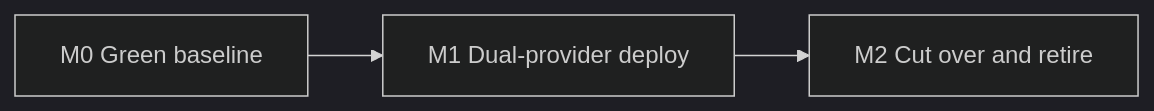
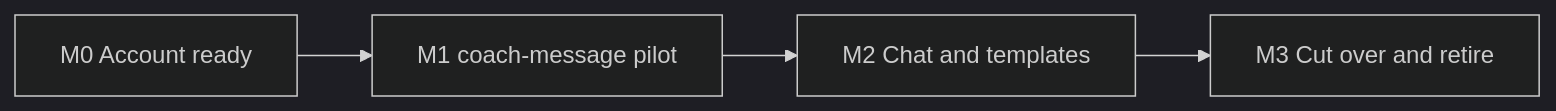
One commit to sibling-shipyard/coach-hq changed the second of 2 diagrams in docs/plans/chat-openrouter-migration.md. Above: the diagram before and after it, drawn with Mermaid (dark theme). The commit also changed other lines of this file and 1 other file, not shown here.

First line of the commit message:
core: re-sequence the OpenRouter migration around a coach-message pilot (#713) (#826)

````diff
--- a/docs/plans/chat-openrouter-migration.md
+++ b/docs/plans/chat-openrouter-migration.md
@@ -54,4 +77,4 @@
 ```mermaid
 flowchart LR
-  M0["M0 Green baseline"] --> M1["M1 Dual-provider deploy"] --> M2["M2 Cut over and retire"]
+  M0["M0 Account ready"] --> M1["M1 coach-message pilot"] --> M2["M2 Chat and templates"] --> M3["M3 Cut over and retire"]
 ```
````
